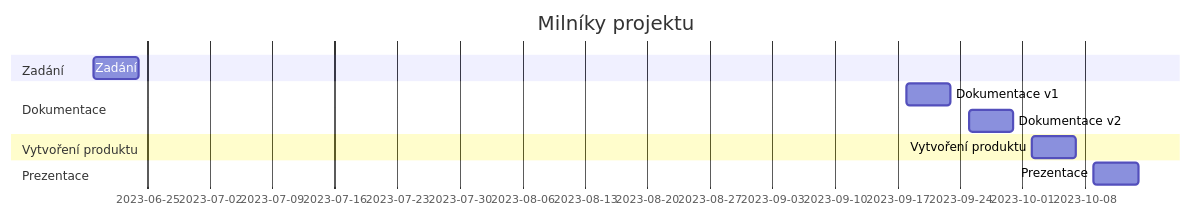
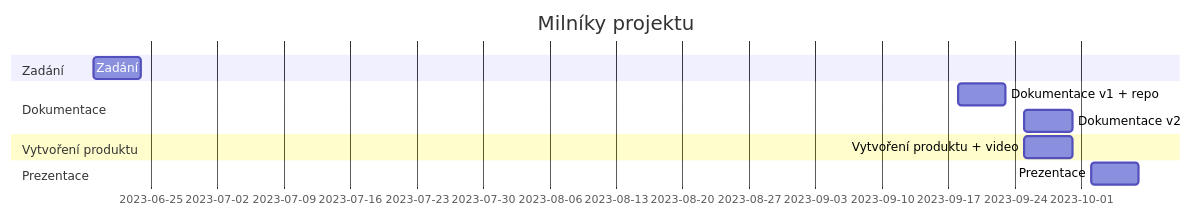
The diagram in zadani.md (christoph1j2/ESP8266-Shield), drawn with Mermaid before and after one commit. The commit also changed other lines of this file and 1 other file, not shown here.

````diff
--- a/zadani.md
+++ b/zadani.md
@@ -17,14 +15,14 @@
 ```mermaid
 gantt
     title Milníky projektu
     dateFormat  YYYY-MM-DD
     section Zadání
     Zadání           :a1, 2023-06-19, 5d
     section Dokumentace
-    Dokumentace v1   :a2, 2023-09-18, 5d
-    Dokumentace v2   :a3, 2023-09-25, 5d
+    Dokumentace v1 + repo     :a2, 2023-09-18, 5d
+    Dokumentace v2  :a3, 2023-09-25, 5d
     section Vytvoření produktu
-    Vytvoření produktu :a4, 2023-10-02, 5d
+    Vytvoření produktu + video :a4, 2023-09-25, 5d
     section Prezentace
-    Prezentace       :a5, 2023-10-09, 5d
+    Prezentace       :a5, 2023-10-02, 5d
 ```
````
